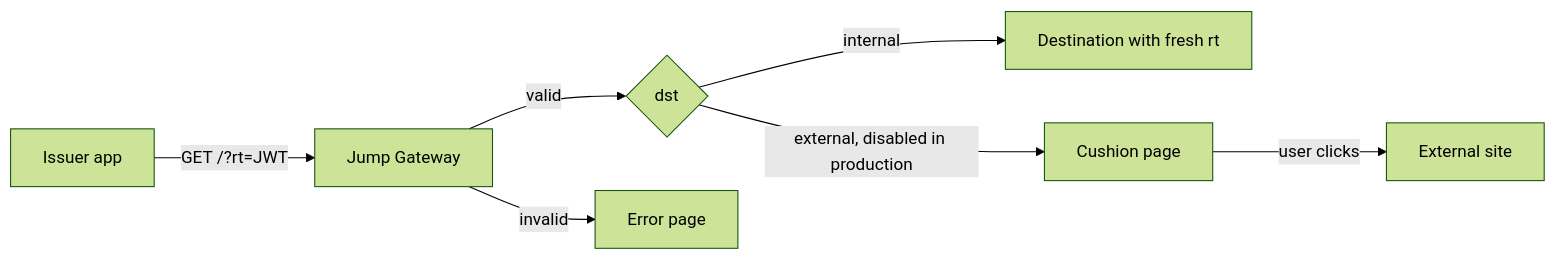
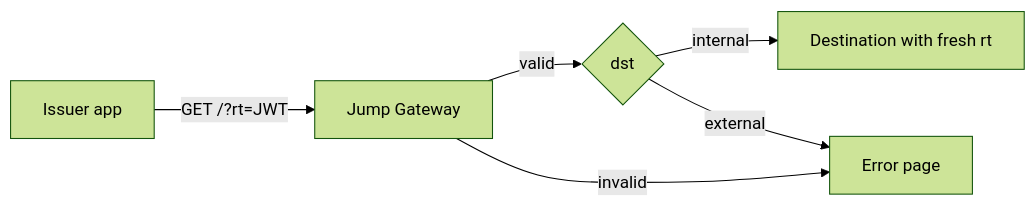
Before and after one commit to seahal/umaxica-apps-edge-jump: the diagram in README.md, drawn with Mermaid (forest theme). The commit also changed other lines of this file and 43 other files, not shown here.

````diff
--- a/README.md
+++ b/README.md
@@ -55,9 +54,8 @@
 ```mermaid
 flowchart LR
   issuer[Issuer app] -->|GET /?rt=JWT| jump[Jump Gateway]
   jump -->|valid| decision{dst}
   jump -->|invalid| error[Error page]
   decision -->|internal| dest[Destination with fresh rt]
-  decision -->|external, disabled in production| cushion[Cushion page]
-  cushion -->|user clicks| ext[External site]
+  decision -->|external| error
 ```
````
